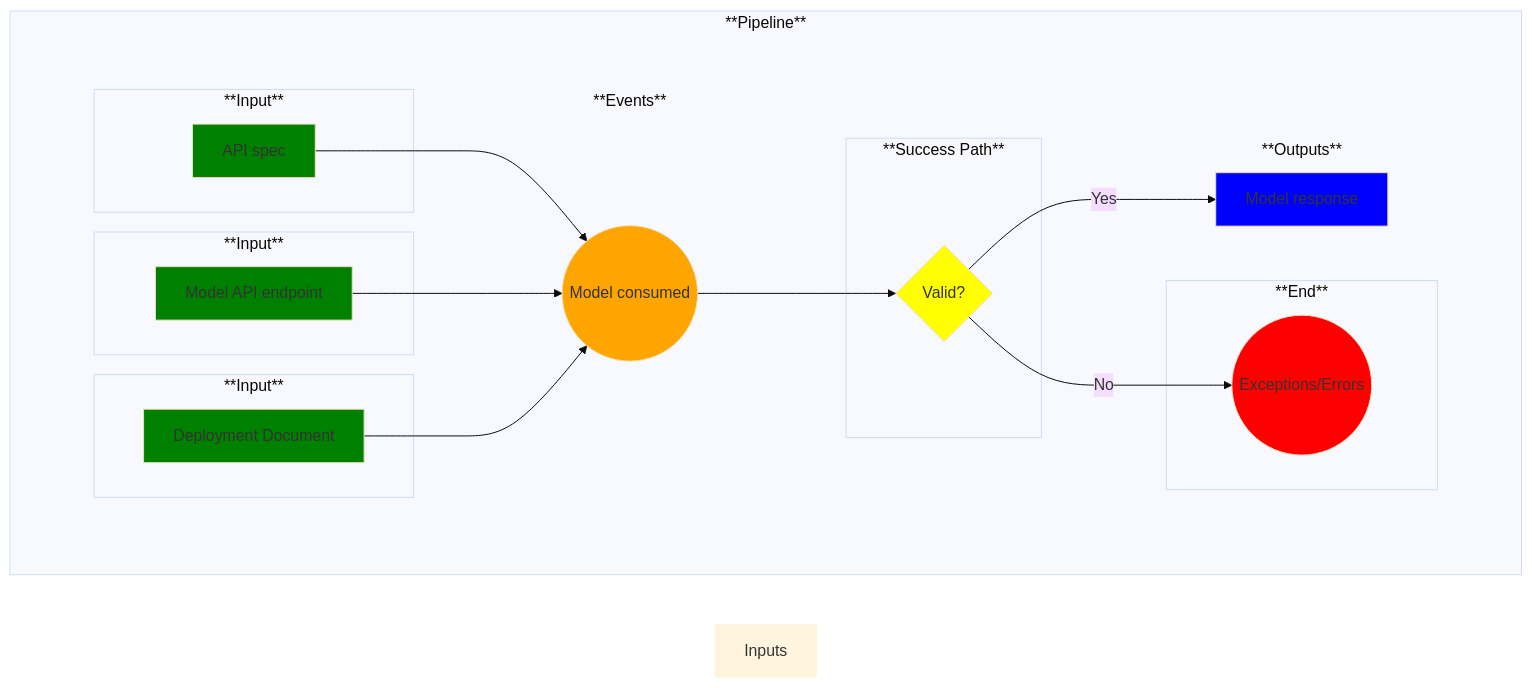
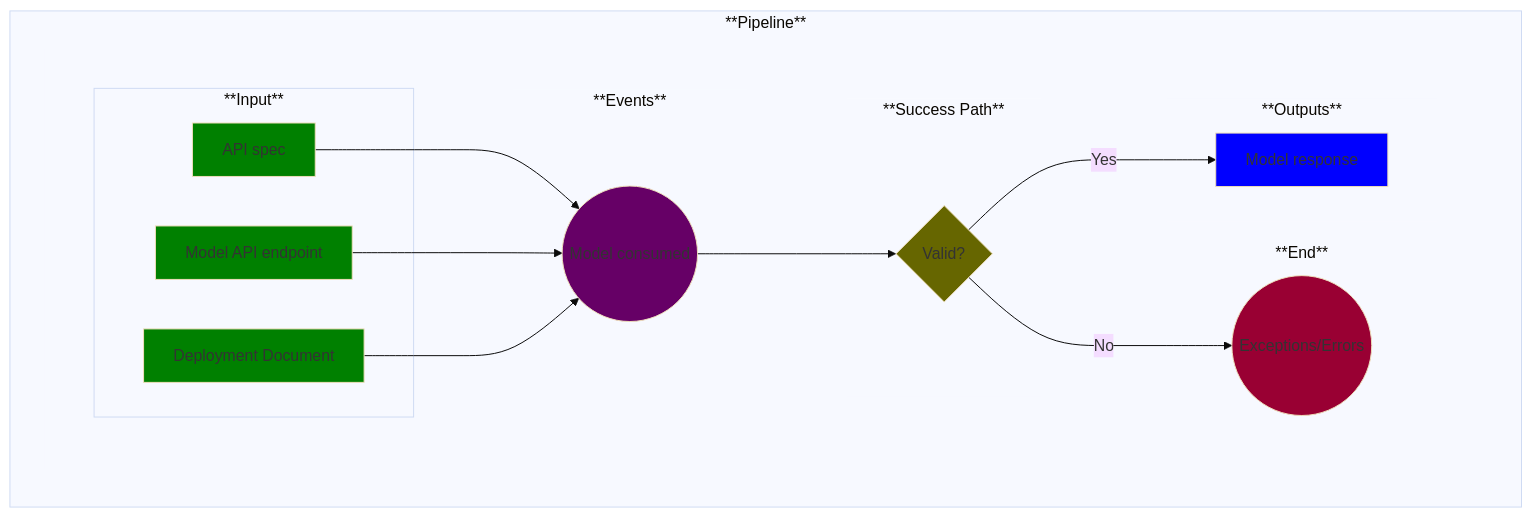
Before and after one commit to MLOps-OpenAPI/arch-diagrams: the diagram in use-cases/20-model-consumed.md, drawn with Mermaid (base theme). The commit also changed other lines of this file and 5 other files, not shown here.

````diff
--- a/use-cases/20-model-consumed.md
+++ b/use-cases/20-model-consumed.md
@@ -21,79 +21,80 @@
 ```mermaid
 
 %% Creating a left-to-right flowchart
 %% Learn the syntax here: https://mermaid.js.org/syntax/flowchart.html
 %% Note: flowchart and graph are the same in Mermaid
 graph LR;
 
     %% Define the common flow items:
     %%A--> B
     %%B-->C
     subgraph Pipeline ["**Pipeline**"]
         
         %% Add an empty node to overcome some formatting issues
         subgraph invisibleSpace["<br/>"]
 
             %% Add the rest of the nodes
-            subgraph Input1 ["**Input**"]
+            subgraph Inputs ["**Input**"]
                 A1
             end
-            subgraph Input2 ["**Input**"]
+            subgraph Inputs ["**Input**"]
                 A2
             end
-            subgraph Input3 ["**Input**"]
+            subgraph Inputs ["**Input**"]
                 A3
             end
             subgraph Events ["**Events**"]
                 B
             end
             subgraph Success ["**Success Path**"]
                 C
             end
             subgraph End ["**End**"]
                 D
             end
             subgraph Outputs ["**Outputs**"]
                 E
             end
         end
         A1-->B
         A2-->B
         A3-->B
         %%C--> | test text | D
         B-->C
         C--> | No | D
         C--> | Yes | E
     end
 
     %% Now label and style the blocks
     %% Note: You could have done this above, but I find this to be cleaner and easier to manage
 
     A1[API spec]
     style A1 fill:green
 
     A2[Model API endpoint]
     style A2 fill:green
 
     A3[Deployment Document]
     style A3 fill:green
 
-
     B((Model consumed))
-    style B fill:orange
+    style B fill:#660066
 
     C{Valid?}
-    style C fill:yellow
+    style C fill:#666600
 
     D((Exceptions/Errors))
-    style D fill:red
+    style D fill:#990033
 
     E[Model response]
     style E fill:blue
 
     %% Remove unnecessary box outlines
     style invisibleSpace stroke-width:0
     style Inputs stroke-width:0
     style Events stroke-width:0
+    style End stroke-width:0
+    style Success stroke-width:0
     style Outputs stroke-width:0
 
 ```
````
